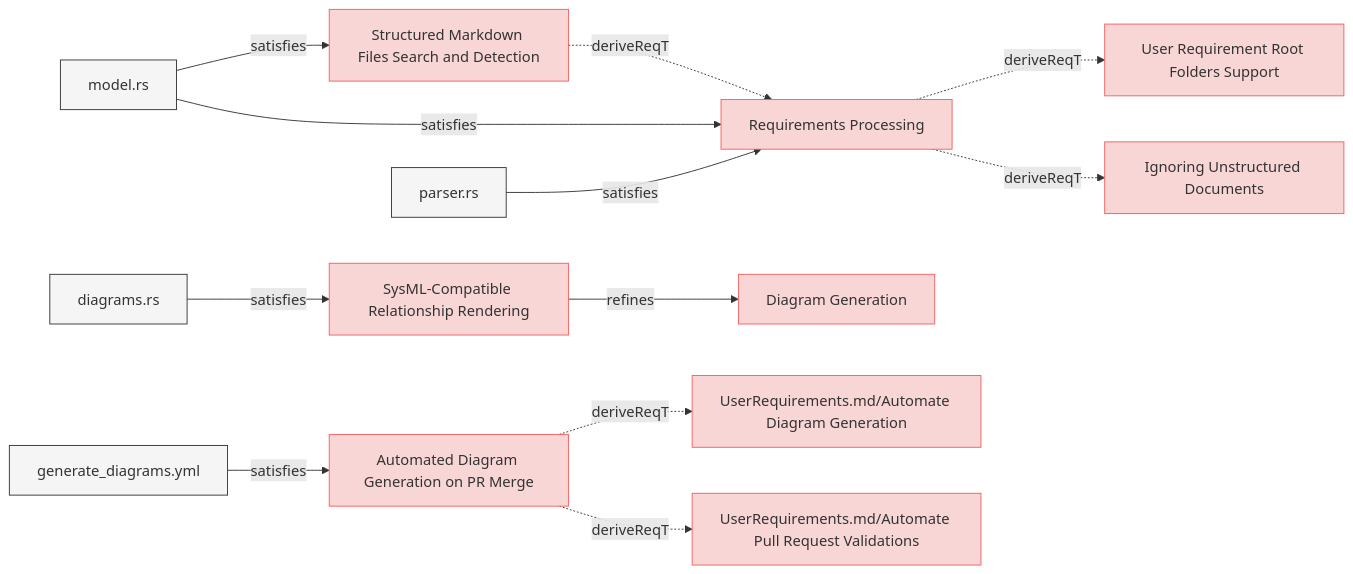
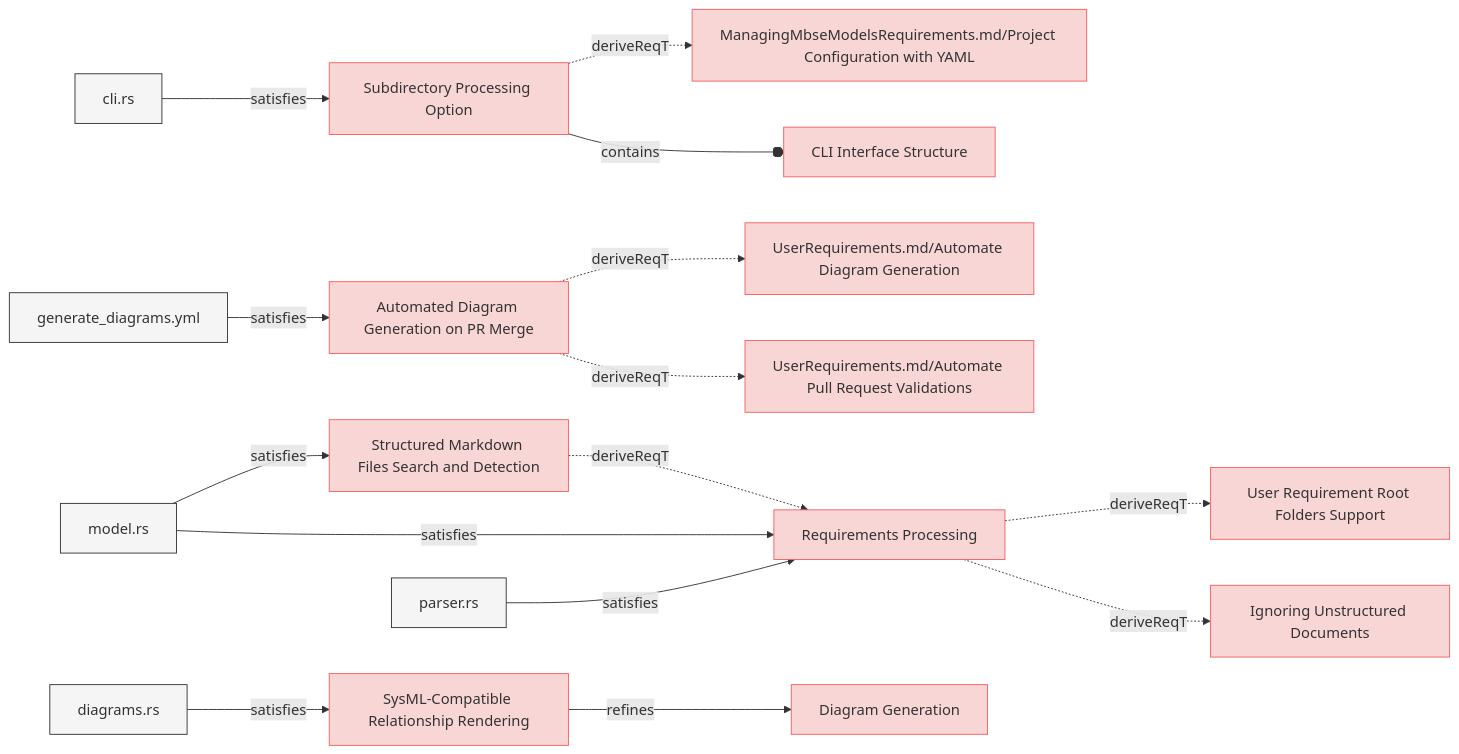
The fourth of 8 diagrams in specifications/SystemRequirements/Requirements.md (reqvire-org/reqvire), drawn with Mermaid before and after one commit. The commit also changed other lines of this file and 14 other files, not shown here.

Commit message:
Diagrams updated.

````diff
--- a/specifications/SystemRequirements/Requirements.md
+++ b/specifications/SystemRequirements/Requirements.md
@@ -474,62 +462,77 @@
 ```mermaid
 graph LR;
   %% Graph styling
   classDef requirement fill:#f9d6d6,stroke:#f55f5f,stroke-width:1px;
   classDef verification fill:#d6f9d6,stroke:#5fd75f,stroke-width:1px;
   classDef externalLink fill:#d0e0ff,stroke:#3080ff,stroke-width:1px;
   classDef default fill:#f5f5f5,stroke:#333333,stroke-width:1px;
 
+  7bdf935ec6d8effe["Subdirectory Processing Option"];
+  class 7bdf935ec6d8effe requirement;
+  click 7bdf935ec6d8effe "Requirements.md#subdirectory-processing-option";
+  16b4b380c917deb1["ManagingMbseModelsRequirements.md/Project Configuration with YAML"];
+  class 16b4b380c917deb1 requirement;
+  click 16b4b380c917deb1 "../ManagingMbseModelsRequirements.md#project-configuration-with-yaml";
+  7bdf935ec6d8effe -.->|deriveReqT| 16b4b380c917deb1;
+  80defdd4cbc7ee18["cli.rs"];
+  class 80defdd4cbc7ee18 default;
+  click 80defdd4cbc7ee18 "../../cli/src/cli.rs";
+  80defdd4cbc7ee18 -->|satisfies| 7bdf935ec6d8effe;
+  8f22faacdb454b23["CLI Interface Structure"];
+  class 8f22faacdb454b23 requirement;
+  click 8f22faacdb454b23 "Requirements.md#cli-interface-structure";
+  7bdf935ec6d8effe --o|contains| 8f22faacdb454b23;
+  3e3df7ad427a88fa["Automated Diagram Generation on PR Merge"];
+  class 3e3df7ad427a88fa requirement;
+  click 3e3df7ad427a88fa "Requirements.md#automated-diagram-generation-on-pr-merge";
+  98a581084d5542fa["UserRequirements.md/Automate Diagram Generation"];
+  class 98a581084d5542fa requirement;
+  click 98a581084d5542fa "../UserRequirements.md#automate-diagram-generation";
+  3e3df7ad427a88fa -.->|deriveReqT| 98a581084d5542fa;
+  15f2f511b2399406["UserRequirements.md/Automate Pull Request Validations"];
+  class 15f2f511b2399406 requirement;
+  click 15f2f511b2399406 "../UserRequirements.md#automate-pull-request-validations";
+  3e3df7ad427a88fa -.->|deriveReqT| 15f2f511b2399406;
+  98af8a1cf9c86822["generate_diagrams.yml"];
+  class 98af8a1cf9c86822 default;
+  click 98af8a1cf9c86822 "../../.github/workflows/generate_diagrams.yml";
+  98af8a1cf9c86822 -->|satisfies| 3e3df7ad427a88fa;
   66582f9b6bdde6c4["Structured Markdown Files Search and Detection"];
   class 66582f9b6bdde6c4 requirement;
   click 66582f9b6bdde6c4 "Requirements.md#structured-markdown-files-search-and-detection";
   bed8d0948b3e5ccd["Requirements Processing"];
   class bed8d0948b3e5ccd requirement;
   click bed8d0948b3e5ccd "Requirements.md#requirements-processing";
   66582f9b6bdde6c4 -.->|deriveReqT| bed8d0948b3e5ccd;
   d50a859650933e55["model.rs"];
   class d50a859650933e55 default;
   click d50a859650933e55 "../../core/src/model.rs";
   d50a859650933e55 -->|satisfies| 66582f9b6bdde6c4;
   379a8586548b9ac7["SysML-Compatible Relationship Rendering"];
   class 379a8586548b9ac7 requirement;
   click 379a8586548b9ac7 "Requirements.md#sysml-compatible-relationship-rendering";
   e9aee7d9477f4abe["Diagram Generation"];
   class e9aee7d9477f4abe requirement;
   click e9aee7d9477f4abe "Requirements.md#diagram-generation";
   379a8586548b9ac7 -->|refines| e9aee7d9477f4abe;
   dad7eeb932afdb92["diagrams.rs"];
   class dad7eeb932afdb92 default;
   click dad7eeb932afdb92 "../../core/src/diagrams.rs";
   dad7eeb932afdb92 -->|satisfies| 379a8586548b9ac7;
   a9d6e2569d5acd60["User Requirement Root Folders Support"];
   class a9d6e2569d5acd60 requirement;
   click a9d6e2569d5acd60 "Requirements.md#user-requirement-root-folders-support";
   bed8d0948b3e5ccd -.->|deriveReqT| a9d6e2569d5acd60;
   be83c2991e9535c7["Ignoring Unstructured Documents"];
   class be83c2991e9535c7 requirement;
   click be83c2991e9535c7 "Requirements.md#ignoring-unstructured-documents";
   bed8d0948b3e5ccd -.->|deriveReqT| be83c2991e9535c7;
   d50a859650933e55["model.rs"];
   class d50a859650933e55 default;
   click d50a859650933e55 "../../core/src/model.rs";
   d50a859650933e55 -->|satisfies| bed8d0948b3e5ccd;
   f22d93285fcd7664["parser.rs"];
   class f22d93285fcd7664 default;
   click f22d93285fcd7664 "../../core/src/parser.rs";
   f22d93285fcd7664 -->|satisfies| bed8d0948b3e5ccd;
-  3e3df7ad427a88fa["Automated Diagram Generation on PR Merge"];
-  class 3e3df7ad427a88fa requirement;
-  click 3e3df7ad427a88fa "Requirements.md#automated-diagram-generation-on-pr-merge";
-  98a581084d5542fa["UserRequirements.md/Automate Diagram Generation"];
-  class 98a581084d5542fa requirement;
-  click 98a581084d5542fa "../UserRequirements.md#automate-diagram-generation";
-  3e3df7ad427a88fa -.->|deriveReqT| 98a581084d5542fa;
-  15f2f511b2399406["UserRequirements.md/Automate Pull Request Validations"];
-  class 15f2f511b2399406 requirement;
-  click 15f2f511b2399406 "../UserRequirements.md#automate-pull-request-validations";
-  3e3df7ad427a88fa -.->|deriveReqT| 15f2f511b2399406;
-  98af8a1cf9c86822["generate_diagrams.yml"];
-  class 98af8a1cf9c86822 default;
-  click 98af8a1cf9c86822 "../../.github/workflows/generate_diagrams.yml";
-  98af8a1cf9c86822 -->|satisfies| 3e3df7ad427a88fa;
 ```
````
